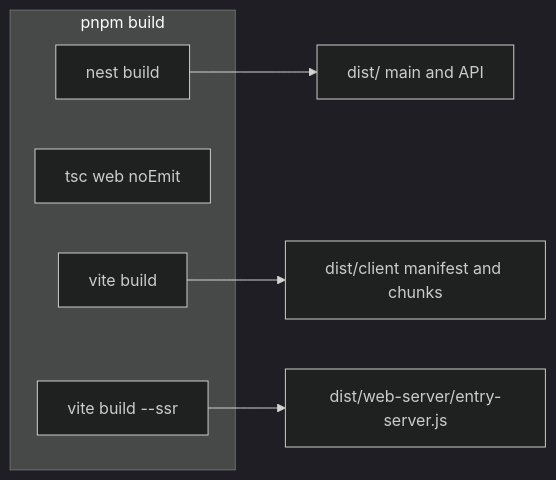
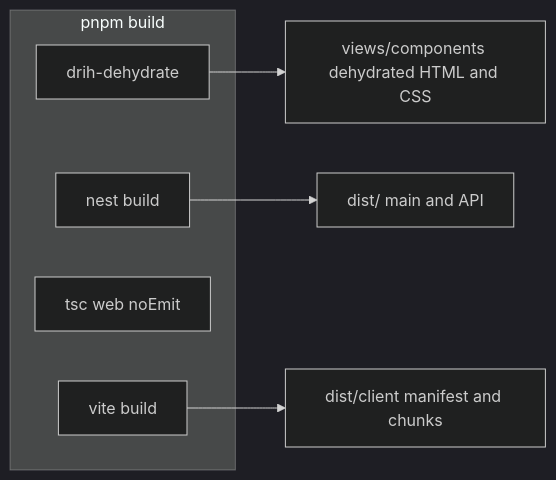
The sixth of 6 diagrams in examples/nestjs/docs/architecture.md (isaaclfelix/archipielago), drawn with Mermaid (dark theme) before and after one commit. The commit also changed other lines of this file and 28 other files, not shown here.

````diff
--- a/examples/nestjs/docs/architecture.md
+++ b/examples/nestjs/docs/architecture.md
@@ -387,12 +361,12 @@
 ```mermaid
 flowchart LR
   subgraph compile [pnpm build]
+    dehydrate[drih-dehydrate]
     nest[nest build]
     check[tsc web noEmit]
     client[vite build]
-    ssr[vite build --ssr]
   end
+  dehydrate --> htmlOut["views/components dehydrated HTML and CSS"]
   nest --> apiOut["dist/ main and API"]
   client --> clientOut["dist/client manifest and chunks"]
-  ssr --> ssrOut["dist/web-server/entry-server.js"]
 ```
````
